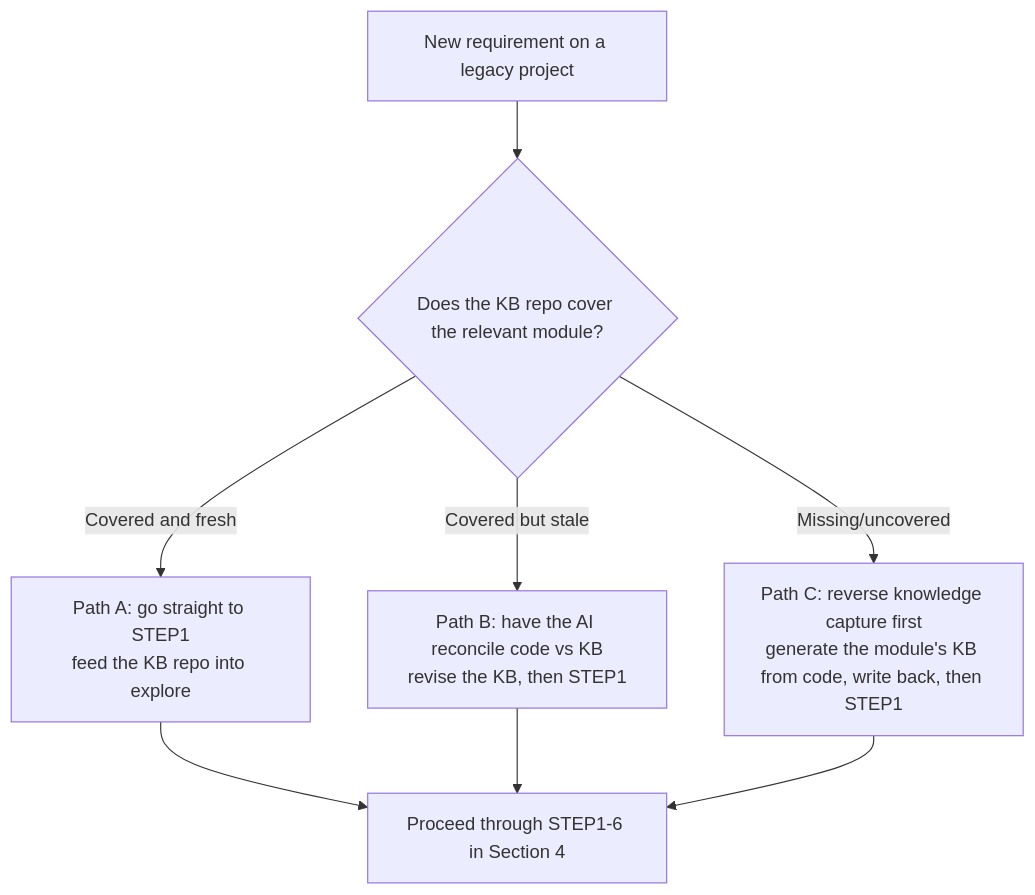
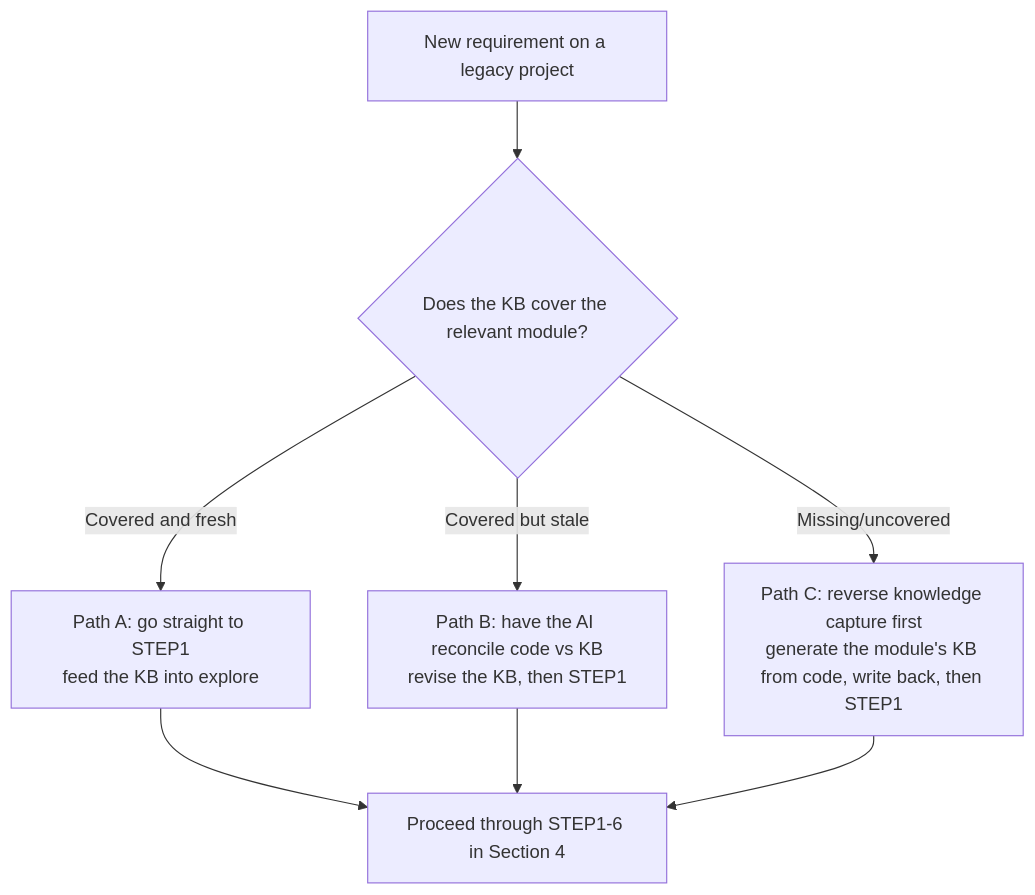
One commit to Apriorhythm/apriori-spec-development changed the second of 2 diagrams in README.md. Above: the diagram before and after it, drawn with Mermaid. The commit also changed other lines of this file and 1 other file, not shown here.

````diff
--- a/README.md
+++ b/README.md
@@ -516,10 +593,10 @@
 ```mermaid
 graph TD
-    X[New requirement on a legacy project] --> Y{Does the KB repo cover the relevant module?}
-    Y -- Covered and fresh --> P1[Path A: go straight to STEP1<br/>feed the KB repo into explore]
+    X[New requirement on a legacy project] --> Y{Does the KB cover the relevant module?}
+    Y -- Covered and fresh --> P1[Path A: go straight to STEP1<br/>feed the KB into explore]
     Y -- Covered but stale --> P2[Path B: have the AI reconcile code vs KB<br/>revise the KB, then STEP1]
     Y -- Missing/uncovered --> P3[Path C: reverse knowledge capture first<br/>generate the module's KB from code, write back, then STEP1]
     P1 --> Z[Proceed through STEP1-6 in Section 4]
     P2 --> Z
     P3 --> Z
 ```
````
